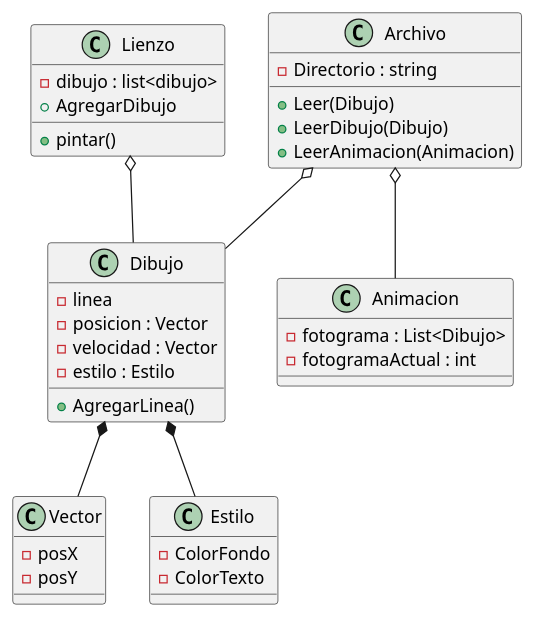
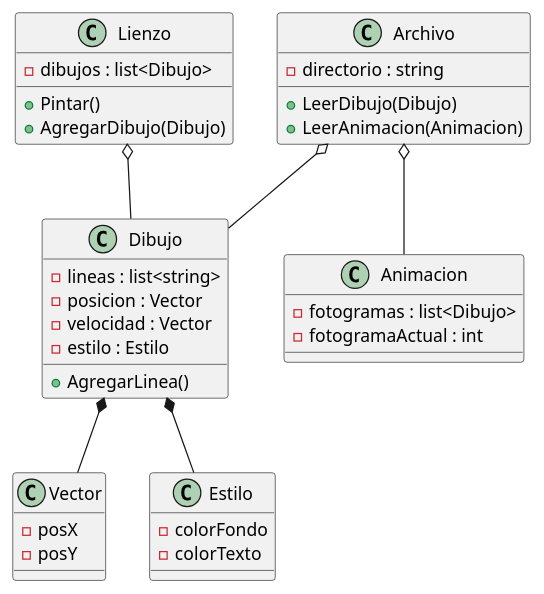
One commit to leofrancoceti/SpaceCar changed the diagram in docs/pintor.puml. Above: the diagram before and after it, drawn with PlantUML. The commit also changed 6 other files, not shown here.

```diff
--- a/docs/pintor.puml
+++ b/docs/pintor.puml
@@ -1,42 +1,47 @@
-@startuml Pintor
+@startuml
 
 class Dibujo{
-    -linea
-    -posicion : Vector
-    -velocidad : Vector
-    -estilo : Estilo
-    +AgregarLinea()
+    - lineas : list<string>
+    - posicion : Vector
+    - velocidad : Vector
+    - estilo : Estilo
+    + AgregarLinea()
 }
+
 class Vector{
-    -posX
-    -posY
+    - posX
+    - posY
 }
+
 class Archivo{
-    -Directorio : string
-    +Leer(Dibujo)
-    +LeerDibujo(Dibujo)
-    +LeerAnimacion(Animacion)
+    -directorio : string
+    + LeerDibujo(Dibujo)
+    + LeerAnimacion(Animacion)
+    
 }
+
 class Estilo{
-    -ColorFondo
-    -ColorTexto
+    - colorFondo
+    - colorTexto
 }
 
 class Animacion{
-    -fotograma : List<Dibujo>
-    -fotogramaActual : int
+    - fotogramas : list<Dibujo>
+    - fotogramaActual : int
 }
+
 class Lienzo{
-    -dibujo : list<dibujo>
-    +pintar()
-    +AgregarDibujo
+    - dibujos : list<Dibujo>
+    + Pintar()
+    + AgregarDibujo(Dibujo)
 }
+
 
 Dibujo *-- Vector
 Archivo o-- Dibujo
 Dibujo *-- Estilo
 Archivo o-- Animacion
 Lienzo o-- Dibujo
 
 
 @enduml
```
